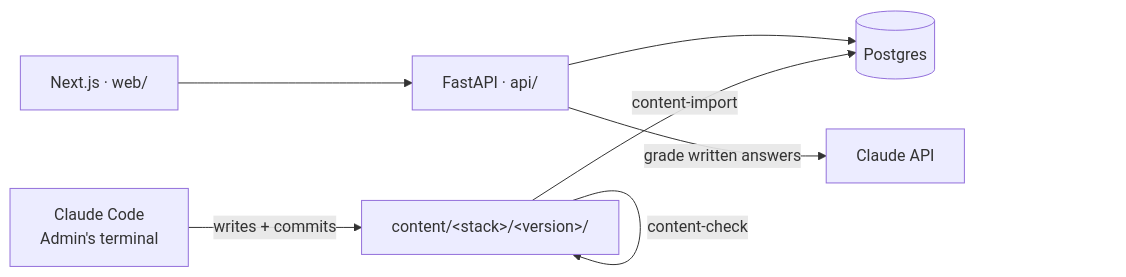
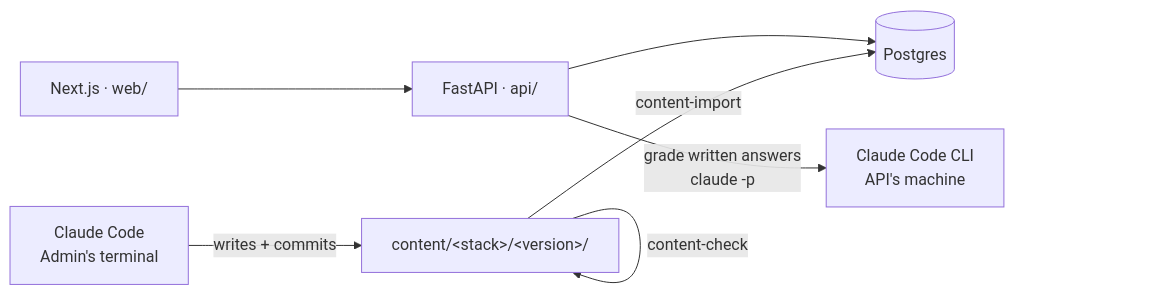
One commit to fahim36/ChickenKiller changed the diagram in README.md. Above: the diagram before and after it, drawn with Mermaid. The commit also changed other lines of this file and 11 other files, not shown here.

Commit message:
Grade written answers with the Claude Code CLI

````diff
--- a/README.md
+++ b/README.md
@@ -9,9 +9,9 @@
 ```mermaid
 graph LR
   CC[Claude Code<br/>Admin's terminal] -->|writes + commits| C[content/&lt;stack&gt;/&lt;version&gt;/]
   C -->|content-check| C
   C -->|content-import| DB[(Postgres)]
   API[FastAPI · api/] --> DB
   WEB[Next.js · web/] --> API
-  API -->|grade written answers| CL[Claude API]
+  API -->|grade written answers<br/>claude -p| CL[Claude Code CLI<br/>API's machine]
 ```
````
